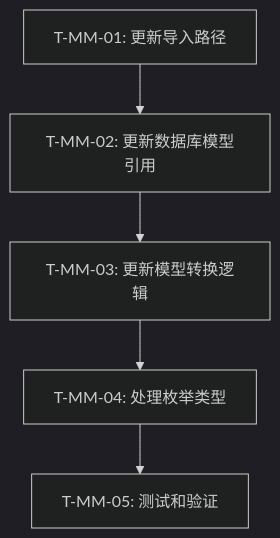
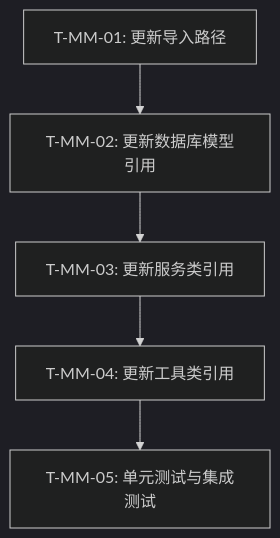
Before and after one commit to jacobcy/VibeCopilot: the diagram in .ai/tasks/STATUS.md, drawn with Mermaid (dark theme). The commit also changed other lines of this file and 10 other files, not shown here.

````diff
--- a/.ai/tasks/STATUS.md
+++ b/.ai/tasks/STATUS.md
@@ -21,7 +21,7 @@
 ```mermaid
 graph TD
     A[T-MM-01: 更新导入路径] --> B[T-MM-02: 更新数据库模型引用]
-    B --> C[T-MM-03: 更新模型转换逻辑]
-    C --> D[T-MM-04: 处理枚举类型]
-    D --> E[T-MM-05: 测试和验证]
+    B --> C[T-MM-03: 更新服务类引用]
+    C --> D[T-MM-04: 更新工具类引用]
+    D --> E[T-MM-05: 单元测试与集成测试]
 ```
````
